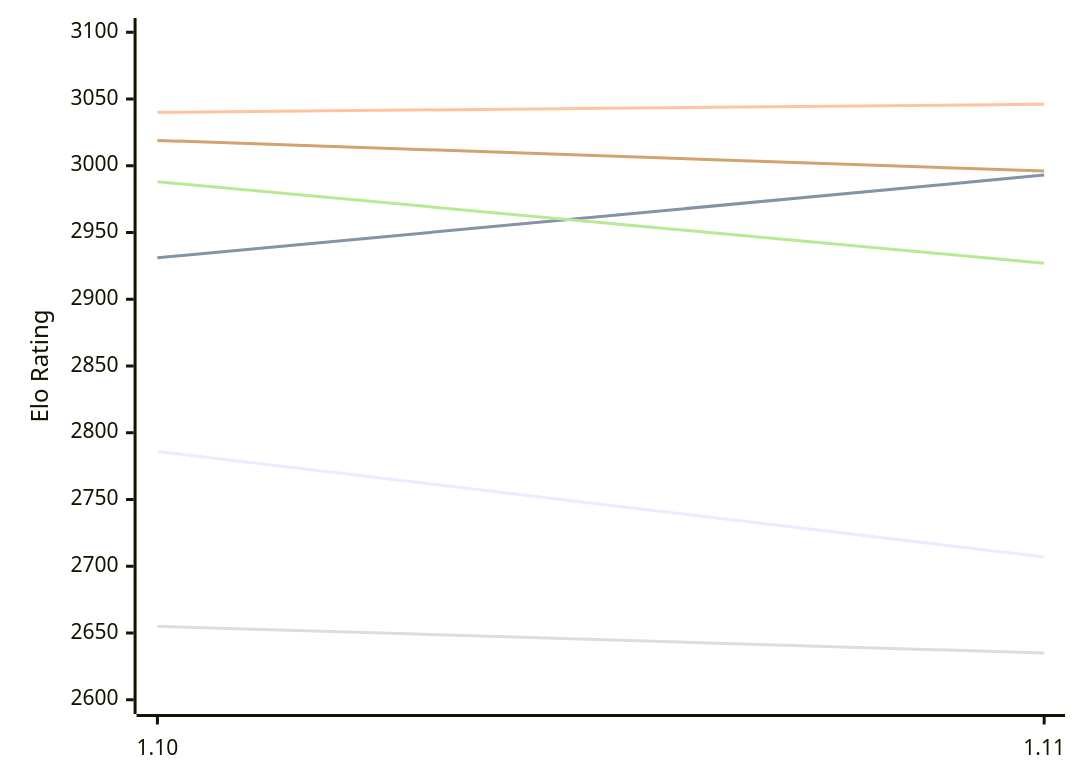
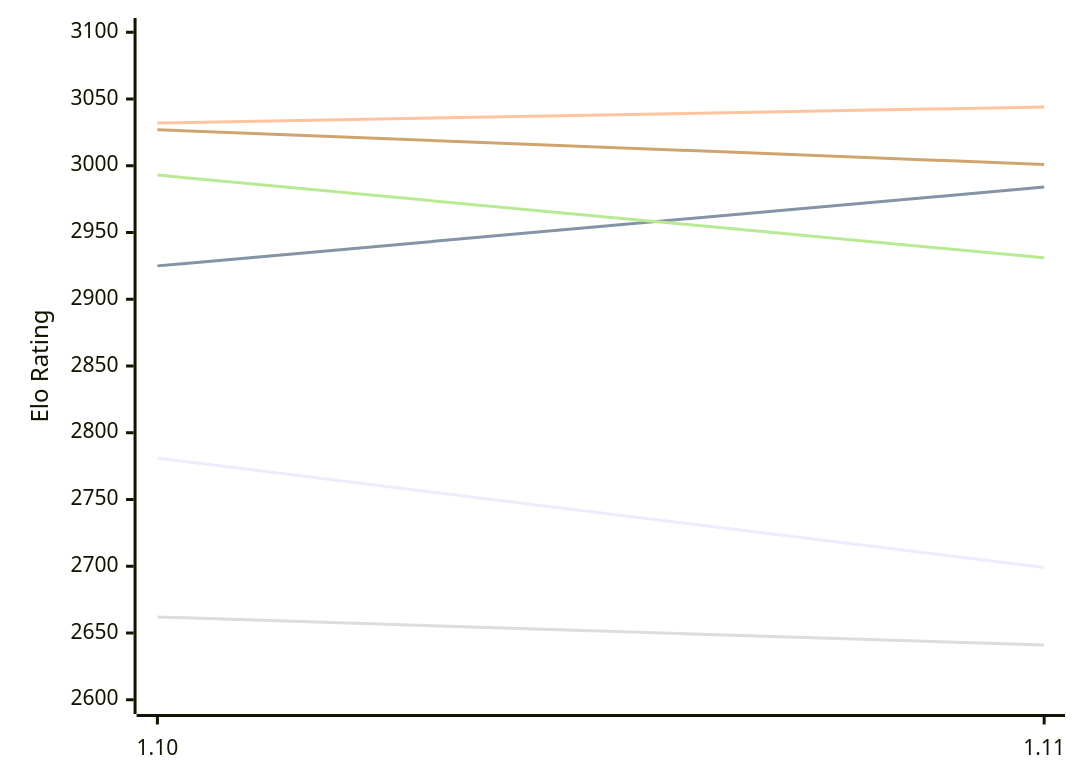
One commit to computer-chess-index/cci changed the first of 2 diagrams in engines/Roc.md. Above: the diagram before and after it, drawn with Mermaid. The commit also changed other lines of this file, not shown here.

Commit message:
Update CCI Ratings (ELO VLTC) - 2026-11-18

````diff
--- a/engines/Roc.md
+++ b/engines/Roc.md
@@ -50,12 +50,12 @@
 ```mermaid
 %%{init: {"theme":"base","themeVariables":{"seriesColors:['#a3a3a3','#222221','#faa371']}}}%%
 xychart-beta
   x-axis ["1.10", "1.11"]
   y-axis "Elo Rating" 2600 --> 3100
-  line "E1: STC (8.0+0.08s)" [2786, 2707]
-  line "E1: LTC (60.0+0.60s)" [2931, 2993]
-  line "E1: VLTC (2m24s+1.12s)" [3040, 3046]
-  line "P1: STC (8.0+0.08s)" [2655, 2635]
-  line "P1: LTC (60.0+0.60s)" [2988, 2927]
-  line "P1: VLTC (2m24s+1.12s)" [3019, 2996]
+  line "E1: STC (8.0+0.08s)" [2781, 2699]
+  line "E1: LTC (60.0+0.60s)" [2925, 2984]
+  line "E1: VLTC (2m24s+1.12s)" [3032, 3044]
+  line "P1: STC (8.0+0.08s)" [2662, 2641]
+  line "P1: LTC (60.0+0.60s)" [2993, 2931]
+  line "P1: VLTC (2m24s+1.12s)" [3027, 3001]
 ```
````
